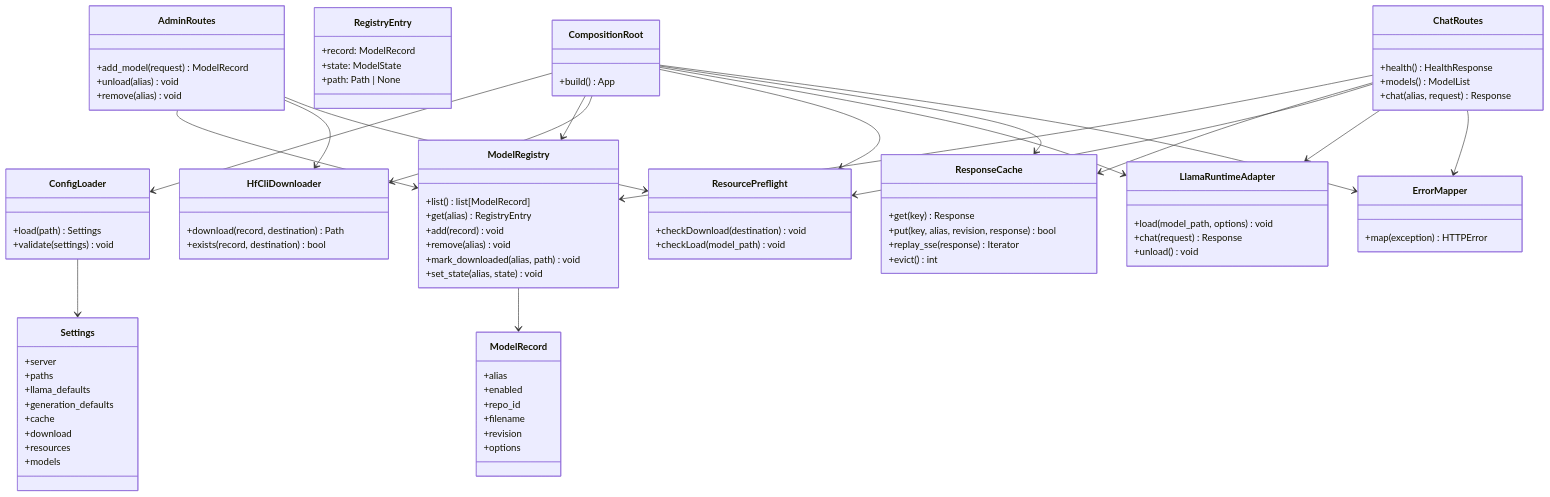
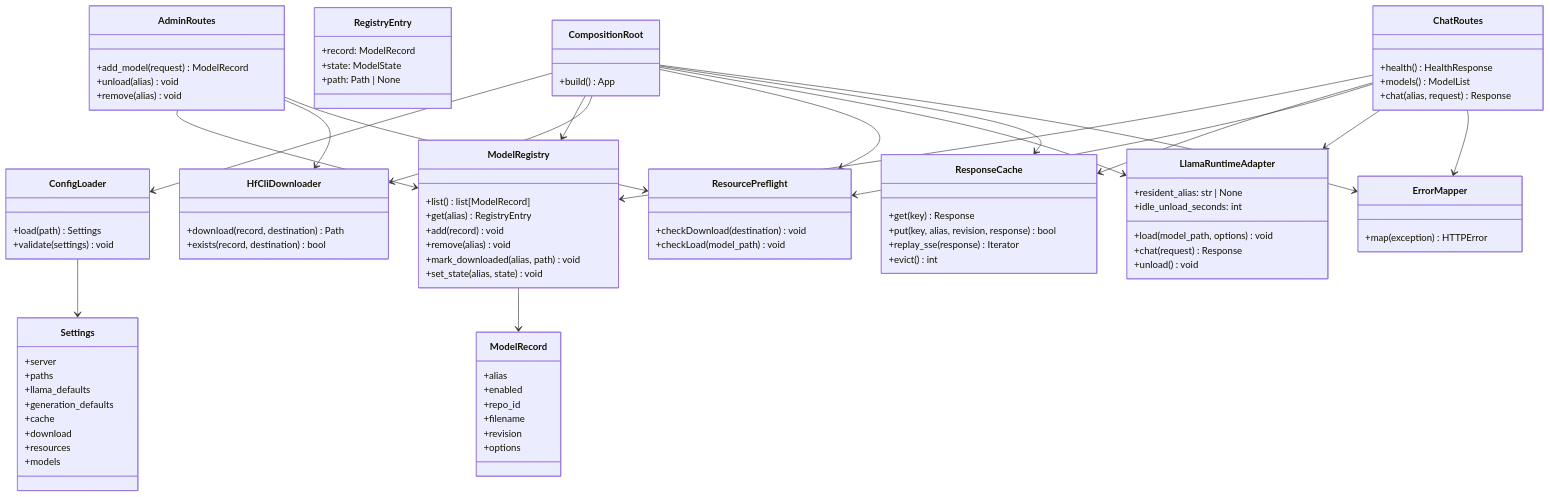
One commit to kkhatr2/local-llm changed the second of 6 diagrams in docs/architecture.md. Above: the diagram before and after it, drawn with Mermaid. The commit also changed other lines of this file and 16 other files, not shown here.

```diff
--- a/docs/architecture.md
+++ b/docs/architecture.md
@@ -110,6 +110,7 @@
         +download
         +resources
         +models
+        %% server.idle_unload_seconds: 180 (valid > 0, <= 86400 / 24 h); server.lock_timeout_seconds: 600
     }
 
     class RegistryEntry {
@@ -150,12 +151,16 @@
         +load(model_path, options) void
         +chat(request) Response
         +unload() void
+        +resident_alias: str | None
+        +idle_unload_seconds: int
+        %% at most one resident instance; idle timer shares the process-wide lock
     }
 
     class ChatRoutes {
         +health() HealthResponse
         +models() ModelList
         +chat(alias, request) Response
+        %% reset idle timer on prompt/cache hit for resident alias; unload resident before loading a different alias
     }
 
     class AdminRoutes {
```
